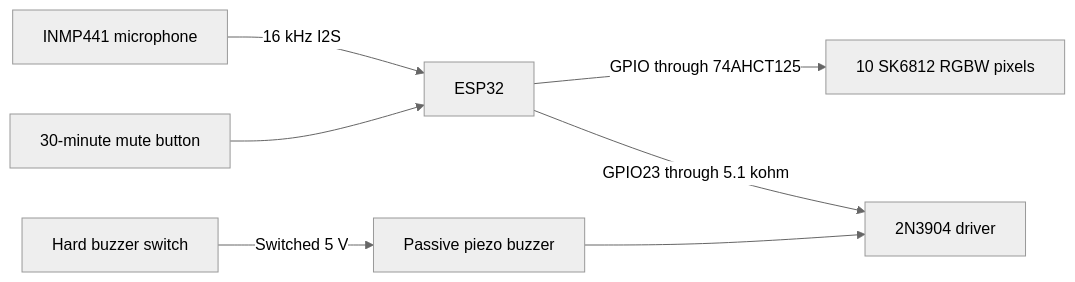
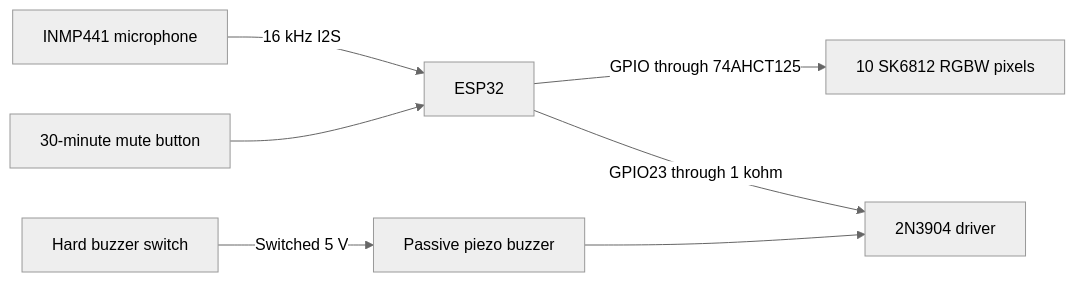
One commit to tubededentifrice/espnoise changed the first of 3 diagrams in docs/architecture.md. Above: the diagram before and after it, drawn with Mermaid (neutral theme). The commit also changed 40 other files, not shown here.

````diff
--- a/docs/architecture.md
+++ b/docs/architecture.md
@@ -5,9 +5,9 @@
 ```mermaid
 flowchart LR
   MIC["INMP441 microphone"] -->|"16 kHz I2S"| ESP["ESP32"]
   ESP -->|"GPIO through 74AHCT125"| LED["10 SK6812 RGBW pixels"]
-  ESP -->|"GPIO23 through 5.1 kohm"| DRIVER["2N3904 driver"]
+  ESP -->|"GPIO23 through 1 kohm"| DRIVER["2N3904 driver"]
   SW["Hard buzzer switch"] -->|"Switched 5 V"| BUZ["Passive piezo buzzer"]
   BUZ --> DRIVER
   B30["30-minute mute button"] --> ESP
 ```
````
